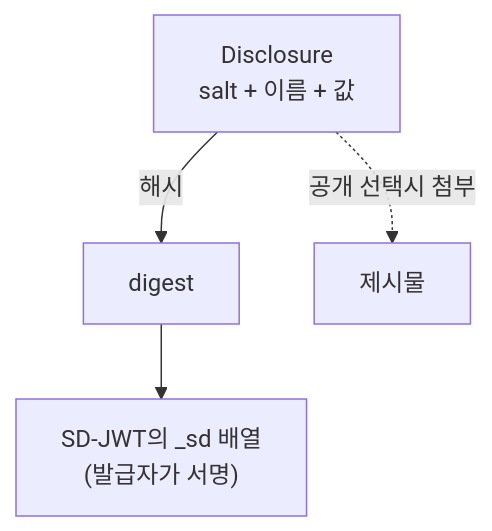
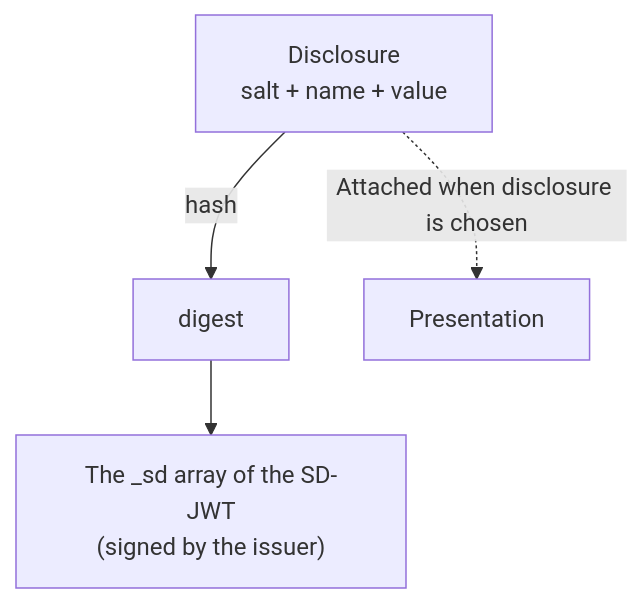
One commit to OmniOneID/poc-oid4vc changed the second of 3 diagrams in docs/concepts/sdjwt/sdjwt_overview.md. Above: the diagram before and after it, drawn with Mermaid. The commit also changed other lines of this file and 29 other files, not shown here.

````diff
--- a/docs/concepts/sdjwt/sdjwt_overview.md
+++ b/docs/concepts/sdjwt/sdjwt_overview.md
@@ -122,6 +122,6 @@
 ```mermaid
 flowchart TB
-    D[Disclosure<br/>salt + 이름 + 값] -->|해시| H[digest]
-    H --> SD["SD-JWT의 _sd 배열<br/>(발급자가 서명)"]
-    D -.공개 선택시 첨부.-> P[제시물]
+    D[Disclosure<br/>salt + name + value] -->|hash| H[digest]
+    H --> SD["The _sd array of the SD-JWT<br/>(signed by the issuer)"]
+    D -.Attached when disclosure is chosen.-> P[Presentation]
 ```
````
